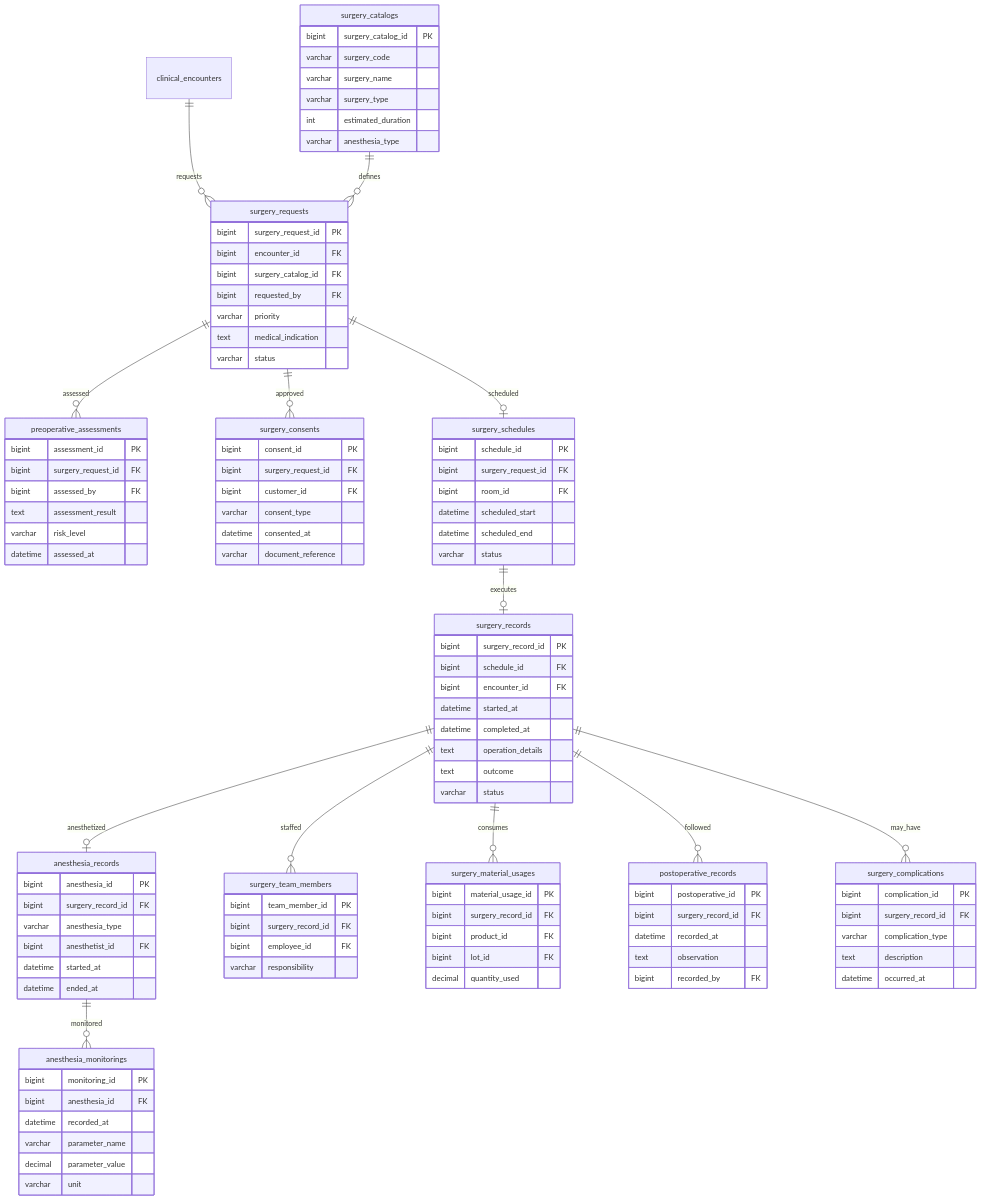
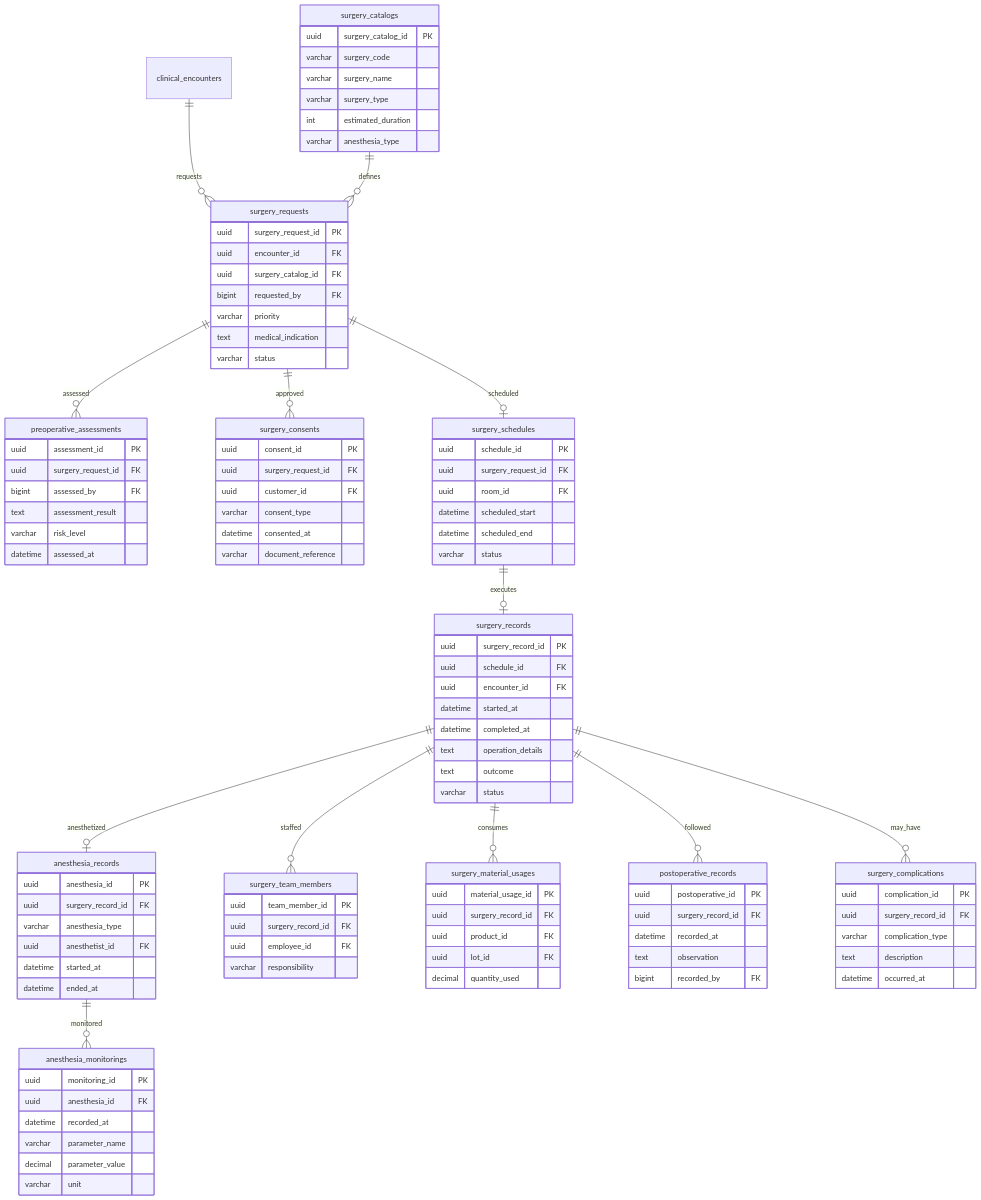
The sixth of 11 diagrams in prototype/docs/Database/ER_Diagram.md (raveniqu/vet-clinic-web), drawn with Mermaid before and after one commit. The commit also changed other lines of this file and 152 other files, not shown here.

```diff
--- a/prototype/docs/Database/ER_Diagram.md
+++ b/prototype/docs/Database/ER_Diagram.md
@@ -912,9 +912,9 @@
     surgery_records ||--o{ surgery_complications : may_have
 
     surgery_requests {
-        bigint surgery_request_id PK
-        bigint encounter_id FK
-        bigint surgery_catalog_id FK
+        uuid surgery_request_id PK
+        uuid encounter_id FK
+        uuid surgery_catalog_id FK
         bigint requested_by FK
         varchar priority
         text medical_indication
@@ -922,7 +922,7 @@
     }
 
     surgery_catalogs {
-        bigint surgery_catalog_id PK
+        uuid surgery_catalog_id PK
         varchar surgery_code
         varchar surgery_name
         varchar surgery_type
@@ -931,8 +931,8 @@
     }
 
     preoperative_assessments {
-        bigint assessment_id PK
-        bigint surgery_request_id FK
+        uuid assessment_id PK
+        uuid surgery_request_id FK
         bigint assessed_by FK
         text assessment_result
         varchar risk_level
@@ -940,27 +940,27 @@
     }
 
     surgery_consents {
-        bigint consent_id PK
-        bigint surgery_request_id FK
-        bigint customer_id FK
+        uuid consent_id PK
+        uuid surgery_request_id FK
+        uuid customer_id FK
         varchar consent_type
         datetime consented_at
         varchar document_reference
     }
 
     surgery_schedules {
-        bigint schedule_id PK
-        bigint surgery_request_id FK
-        bigint room_id FK
+        uuid schedule_id PK
+        uuid surgery_request_id FK
+        uuid room_id FK
         datetime scheduled_start
         datetime scheduled_end
         varchar status
     }
 
     surgery_records {
-        bigint surgery_record_id PK
-        bigint schedule_id FK
-        bigint encounter_id FK
+        uuid surgery_record_id PK
+        uuid schedule_id FK
+        uuid encounter_id FK
         datetime started_at
         datetime completed_at
         text operation_details
@@ -969,17 +969,17 @@
     }
 
     anesthesia_records {
-        bigint anesthesia_id PK
-        bigint surgery_record_id FK
+        uuid anesthesia_id PK
+        uuid surgery_record_id FK
         varchar anesthesia_type
-        bigint anesthetist_id FK
+        uuid anesthetist_id FK
         datetime started_at
         datetime ended_at
     }
 
     anesthesia_monitorings {
-        bigint monitoring_id PK
-        bigint anesthesia_id FK
+        uuid monitoring_id PK
+        uuid anesthesia_id FK
         datetime recorded_at
         varchar parameter_name
         decimal parameter_value
@@ -987,31 +987,31 @@
     }
 
     surgery_team_members {
-        bigint team_member_id PK
-        bigint surgery_record_id FK
-        bigint employee_id FK
+        uuid team_member_id PK
+        uuid surgery_record_id FK
+        uuid employee_id FK
         varchar responsibility
     }
 
     surgery_material_usages {
-        bigint material_usage_id PK
-        bigint surgery_record_id FK
-        bigint product_id FK
-        bigint lot_id FK
+        uuid material_usage_id PK
+        uuid surgery_record_id FK
+        uuid product_id FK
+        uuid lot_id FK
         decimal quantity_used
     }
 
     postoperative_records {
-        bigint postoperative_id PK
-        bigint surgery_record_id FK
+        uuid postoperative_id PK
+        uuid surgery_record_id FK
         datetime recorded_at
         text observation
         bigint recorded_by FK
     }
 
     surgery_complications {
-        bigint complication_id PK
-        bigint surgery_record_id FK
+        uuid complication_id PK
+        uuid surgery_record_id FK
         varchar complication_type
         text description
         datetime occurred_at
```
